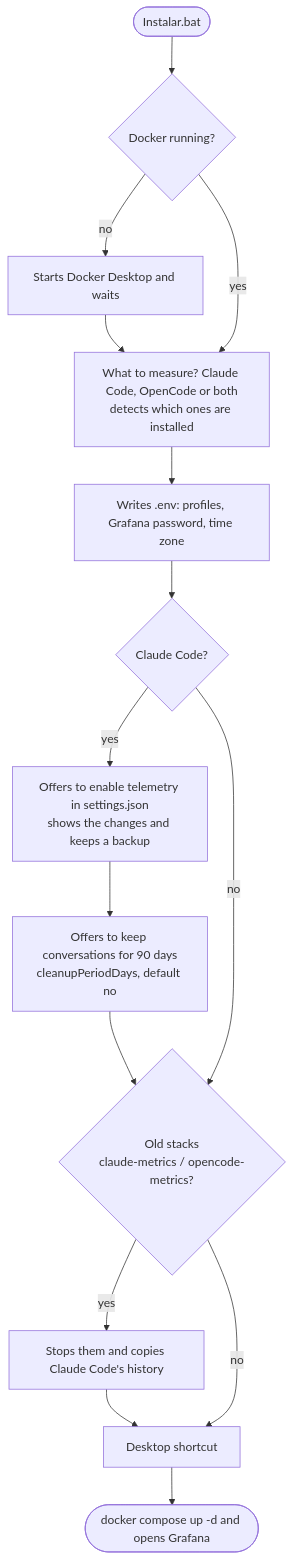
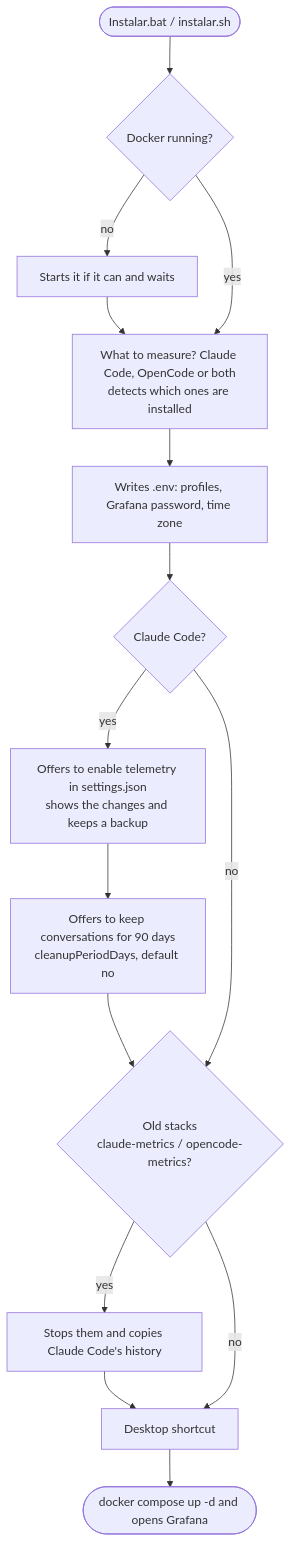
The first of 4 diagrams in README.en.md (oscarabal/IA-metrics), drawn with Mermaid before and after one commit. The commit also changed other lines of this file and 11 other files, not shown here.

````diff
--- a/README.en.md
+++ b/README.en.md
@@ -23,16 +29,16 @@
 ```mermaid
 flowchart TD
-    A([Instalar.bat]) --> B{Docker running?}
-    B -- no --> B1[Starts Docker Desktop and waits] --> C
+    A([Instalar.bat / instalar.sh]) --> B{Docker running?}
+    B -- no --> B1[Starts it if it can and waits] --> C
     B -- yes --> C[What to measure? Claude Code, OpenCode or both<br/>detects which ones are installed]
     C --> D[Writes .env: profiles, Grafana password, time zone]
     D --> E{Claude Code?}
     E -- yes --> F[Offers to enable telemetry in settings.json<br/>shows the changes and keeps a backup]
     F --> G[Offers to keep conversations for 90 days<br/>cleanupPeriodDays, default no]
     G --> H
     E -- no --> H{Old stacks<br/>claude-metrics / opencode-metrics?}
     H -- yes --> I[Stops them and copies Claude Code's history]
     I --> J
     H -- no --> J[Desktop shortcut]
     J --> K([docker compose up -d and opens Grafana])
 ```
````
